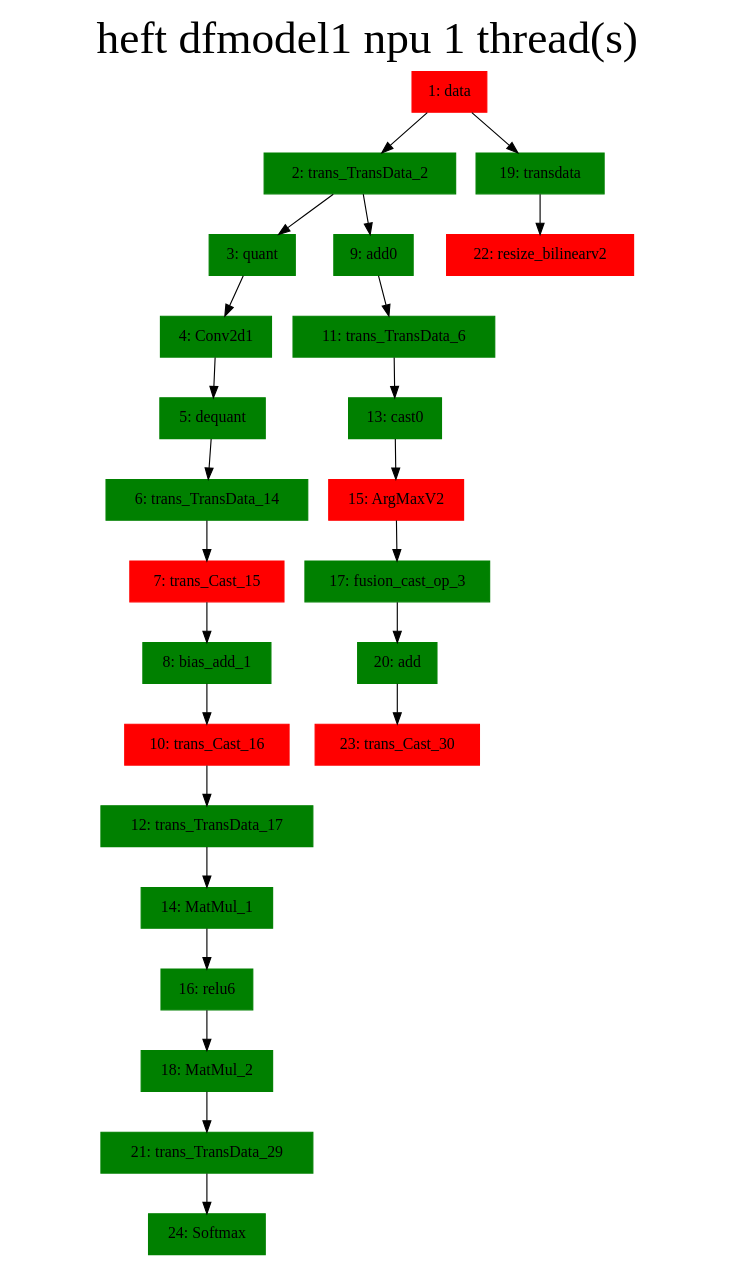
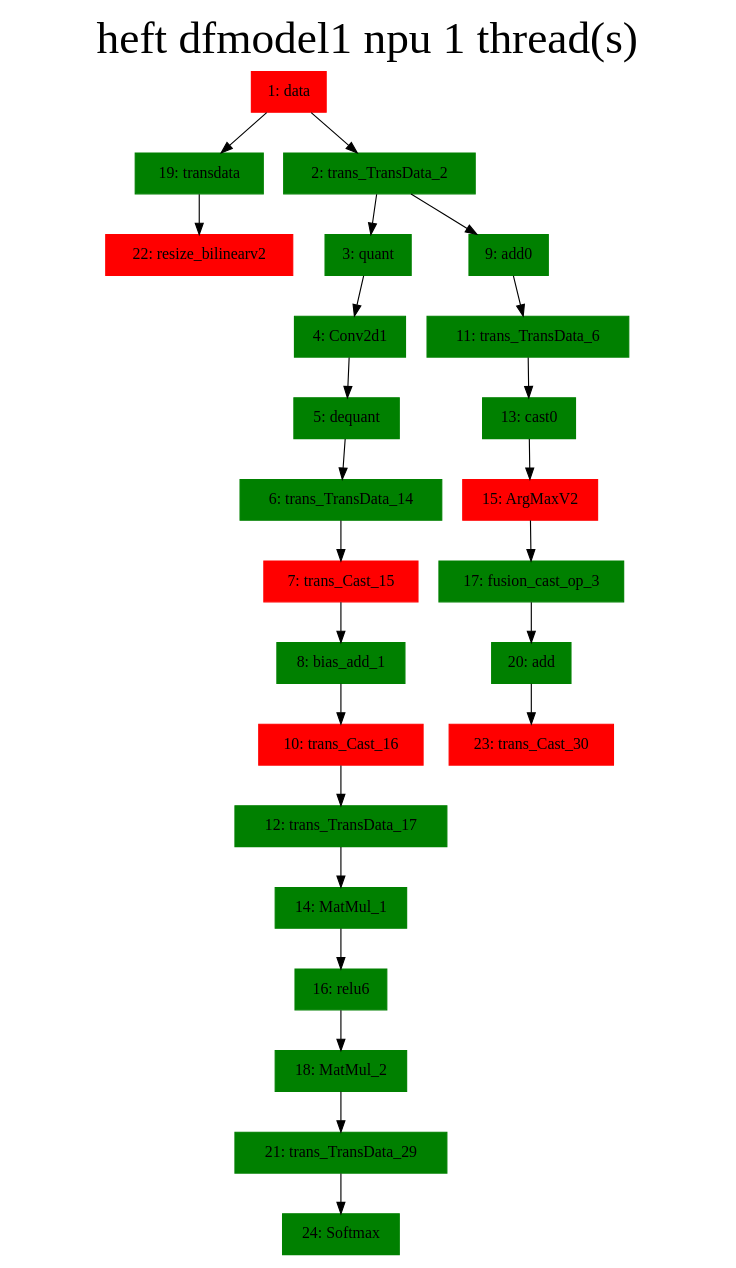
Before and after one commit to summerspringwei/DAG-Scheduler: the diagram in mnn/models/dfmodel1/npu/heft-graphviz-dfmodel1-cpu-1.gv, drawn with Graphviz. The commit also changed 32 other files, not shown here.

```diff
--- a/mnn/models/dfmodel1/npu/heft-graphviz-dfmodel1-cpu-1.gv
+++ b/mnn/models/dfmodel1/npu/heft-graphviz-dfmodel1-cpu-1.gv
@@ -1,52 +1,52 @@
 digraph G {
 label     = "heft dfmodel1 npu 1 thread(s)"
     labelloc  =  t // t: Place the graph's title on top.
     fontsize  = 40 // Make title stand out by giving a large font size
-    fontcolor = black"1: data"->"2: trans_TransData_2";
-"1: data"->"19: transdata";
+    fontcolor = black"1: data"->"19: transdata";
+"1: data"->"2: trans_TransData_2";
 "1: data" [shape=box,style=filled,color=red];
 "19: transdata"->"22: resize_bilinearv2";
 "19: transdata" [shape=box,style=filled,color=green];
 "2: trans_TransData_2"->"3: quant";
 "2: trans_TransData_2"->"9: add0";
 "2: trans_TransData_2" [shape=box,style=filled,color=green];
 "9: add0"->"11: trans_TransData_6";
 "9: add0" [shape=box,style=filled,color=green];
 "11: trans_TransData_6"->"13: cast0";
 "11: trans_TransData_6" [shape=box,style=filled,color=green];
 "13: cast0"->"15: ArgMaxV2";
 "13: cast0" [shape=box,style=filled,color=green];
 "3: quant"->"4: Conv2d1";
 "3: quant" [shape=box,style=filled,color=green];
 "4: Conv2d1"->"5: dequant";
 "4: Conv2d1" [shape=box,style=filled,color=green];
 "5: dequant"->"6: trans_TransData_14";
 "5: dequant" [shape=box,style=filled,color=green];
 "6: trans_TransData_14"->"7: trans_Cast_15";
 "6: trans_TransData_14" [shape=box,style=filled,color=green];
 "7: trans_Cast_15"->"8: bias_add_1";
 "7: trans_Cast_15" [shape=box,style=filled,color=red];
 "22: resize_bilinearv2" [shape=box,style=filled,color=red];
 "15: ArgMaxV2"->"17: fusion_cast_op_3";
 "15: ArgMaxV2" [shape=box,style=filled,color=red];
 "17: fusion_cast_op_3"->"20: add";
 "17: fusion_cast_op_3" [shape=box,style=filled,color=green];
 "20: add"->"23: trans_Cast_30";
 "20: add" [shape=box,style=filled,color=green];
 "23: trans_Cast_30" [shape=box,style=filled,color=red];
 "8: bias_add_1"->"10: trans_Cast_16";
 "8: bias_add_1" [shape=box,style=filled,color=green];
 "10: trans_Cast_16"->"12: trans_TransData_17";
 "10: trans_Cast_16" [shape=box,style=filled,color=red];
 "12: trans_TransData_17"->"14: MatMul_1";
 "12: trans_TransData_17" [shape=box,style=filled,color=green];
 "14: MatMul_1"->"16: relu6";
 "14: MatMul_1" [shape=box,style=filled,color=green];
 "16: relu6"->"18: MatMul_2";
 "16: relu6" [shape=box,style=filled,color=green];
 "18: MatMul_2"->"21: trans_TransData_29";
 "18: MatMul_2" [shape=box,style=filled,color=green];
 "21: trans_TransData_29"->"24: Softmax";
 "21: trans_TransData_29" [shape=box,style=filled,color=green];
 "24: Softmax" [shape=box,style=filled,color=green];
 }
```
